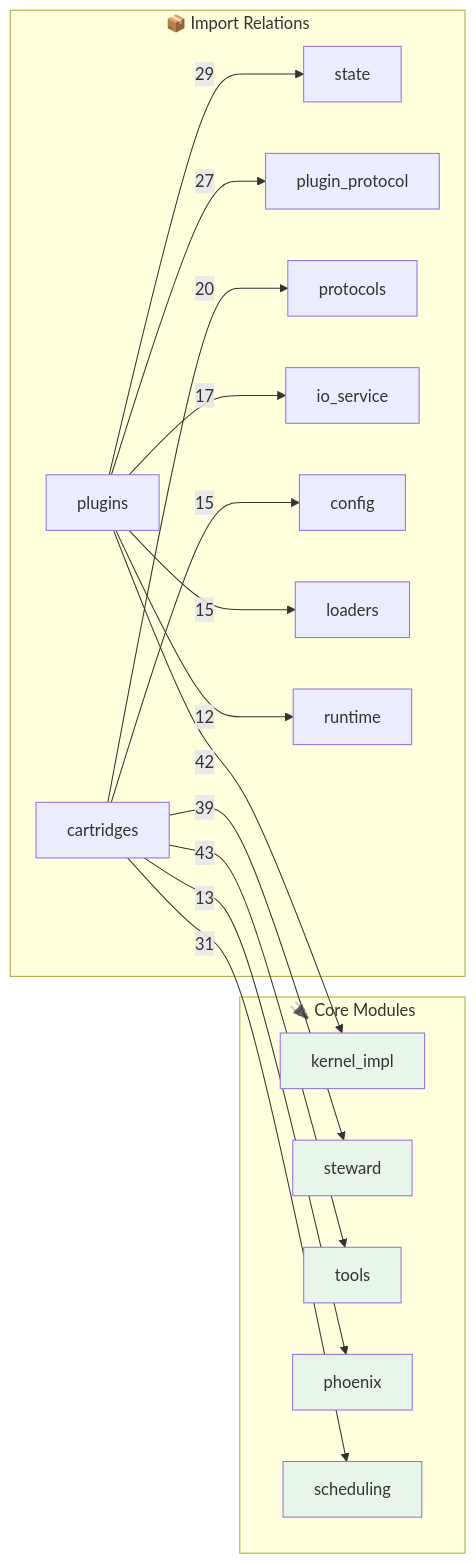
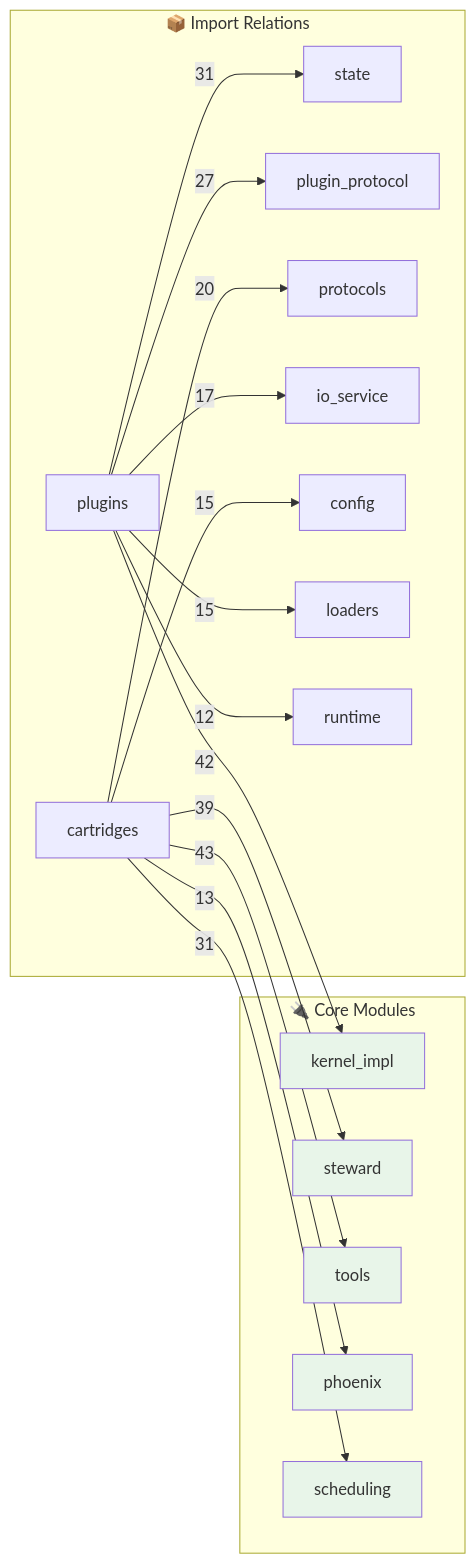
The second of 2 diagrams in OPUS.md (kimeisele/steward-protocol), drawn with Mermaid before and after one commit. The commit also changed other lines of this file and 16 other files, not shown here.

````diff
--- a/OPUS.md
+++ b/OPUS.md
@@ -684,31 +686,31 @@
 ```mermaid
 flowchart LR
     subgraph Core["🔌 Core Modules"]
         kernel_impl[kernel_impl]
         steward[steward]
         tools[tools]
         phoenix[phoenix]
         scheduling[scheduling]
     end
 
     subgraph Edges["📦 Import Relations"]
         cartridges -->|43| tools
         plugins -->|42| kernel_impl
         cartridges -->|39| steward
         cartridges -->|31| scheduling
-        plugins -->|29| state
+        plugins -->|31| state
         plugins -->|27| plugin_protocol
         cartridges -->|20| protocols
         plugins -->|17| io_service
         cartridges -->|15| config
         plugins -->|15| loaders
         cartridges -->|13| phoenix
         plugins -->|12| runtime
     end
 
     style kernel_impl fill:#e8f5e9
     style steward fill:#e8f5e9
     style tools fill:#e8f5e9
     style phoenix fill:#e8f5e9
     style scheduling fill:#e8f5e9
 ```
````
